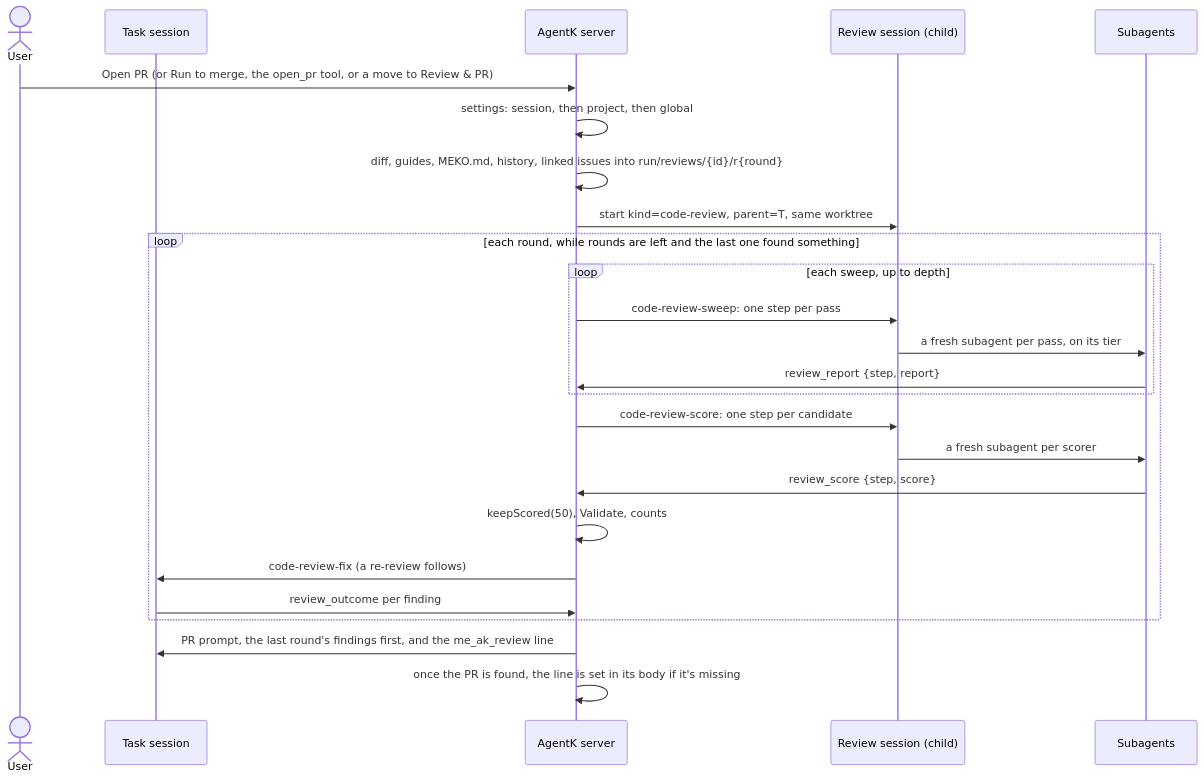
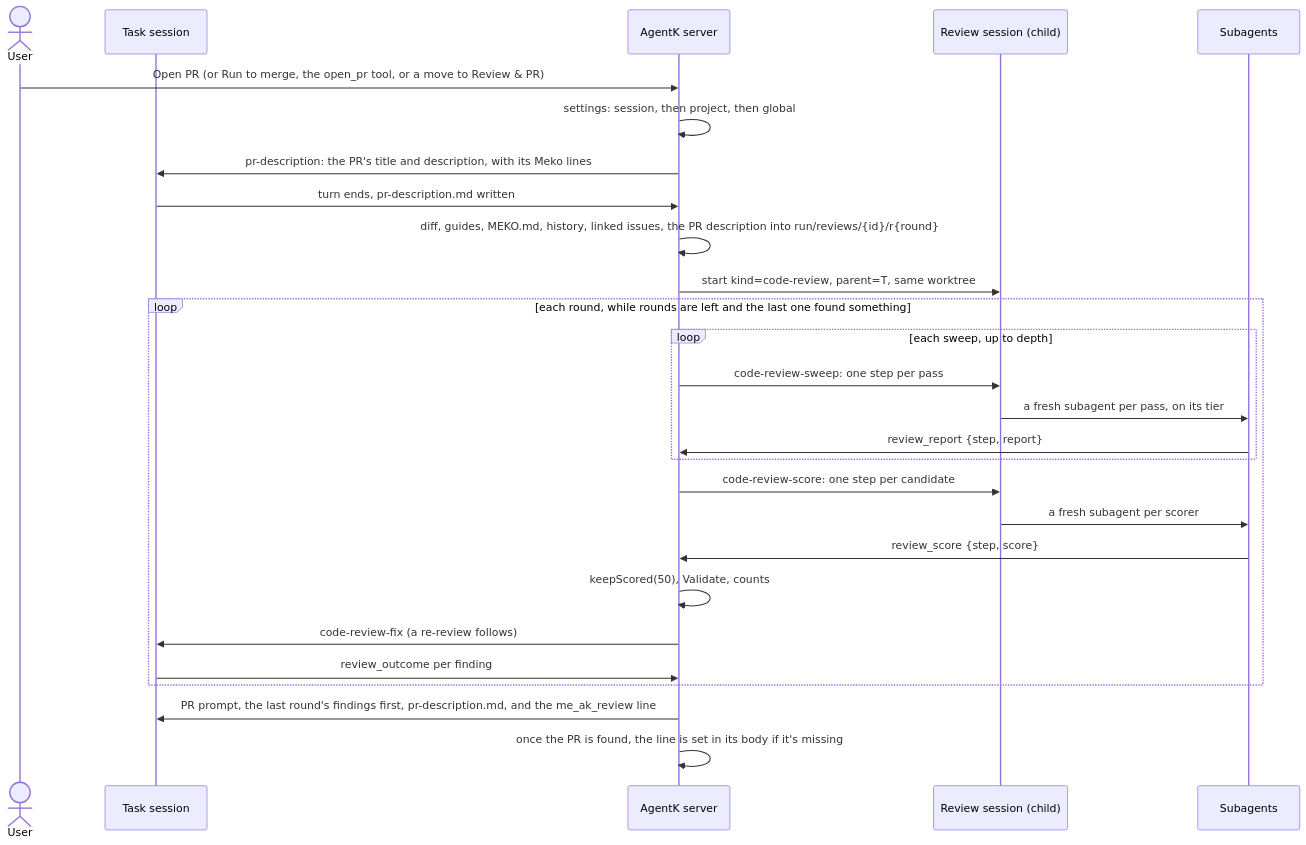
One commit to yugabyte/meko changed the diagram in extensions/agentk/docs/design/code-review.md. Above: the diagram before and after it, drawn with Mermaid. The commit also changed other lines of this file and 20 other files, not shown here.

First line of the commit message:
feat(agentk/review): write the PR description before the local review

````diff
--- a/extensions/agentk/docs/design/code-review.md
+++ b/extensions/agentk/docs/design/code-review.md
@@ -52,27 +52,29 @@
 ```mermaid
 sequenceDiagram
   actor U as User
   participant T as Task session
   participant AK as AgentK server
   participant R as Review session (child)
   participant S as Subagents
   U->>AK: Open PR (or Run to merge, the open_pr tool, or a move to Review & PR)
   AK->>AK: settings: session, then project, then global
-  AK->>AK: diff, guides, MEKO.md, history, linked issues into run/reviews/{id}/r{round}
+  AK->>T: pr-description: the PR's title and description, with its Meko lines
+  T->>AK: turn ends, pr-description.md written
+  AK->>AK: diff, guides, MEKO.md, history, linked issues, the PR description into run/reviews/{id}/r{round}
   AK->>R: start kind=code-review, parent=T, same worktree
   loop each round, while rounds are left and the last one found something
     loop each sweep, up to depth
       AK->>R: code-review-sweep: one step per pass
       R->>S: a fresh subagent per pass, on its tier
       S->>AK: review_report {step, report}
     end
     AK->>R: code-review-score: one step per candidate
     R->>S: a fresh subagent per scorer
     S->>AK: review_score {step, score}
     AK->>AK: keepScored(50), Validate, counts
     AK->>T: code-review-fix (a re-review follows)
     T->>AK: review_outcome per finding
   end
-  AK->>T: PR prompt, the last round's findings first, and the me_ak_review line
+  AK->>T: PR prompt, the last round's findings first, pr-description.md, and the me_ak_review line
   AK->>AK: once the PR is found, the line is set in its body if it's missing
 ```
````
